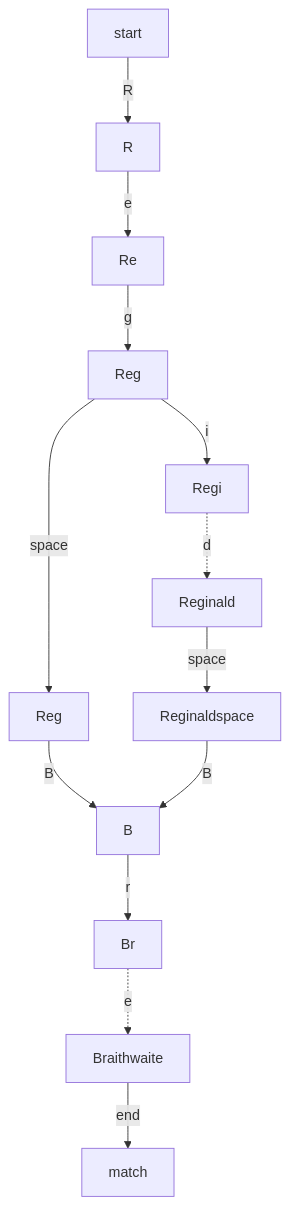
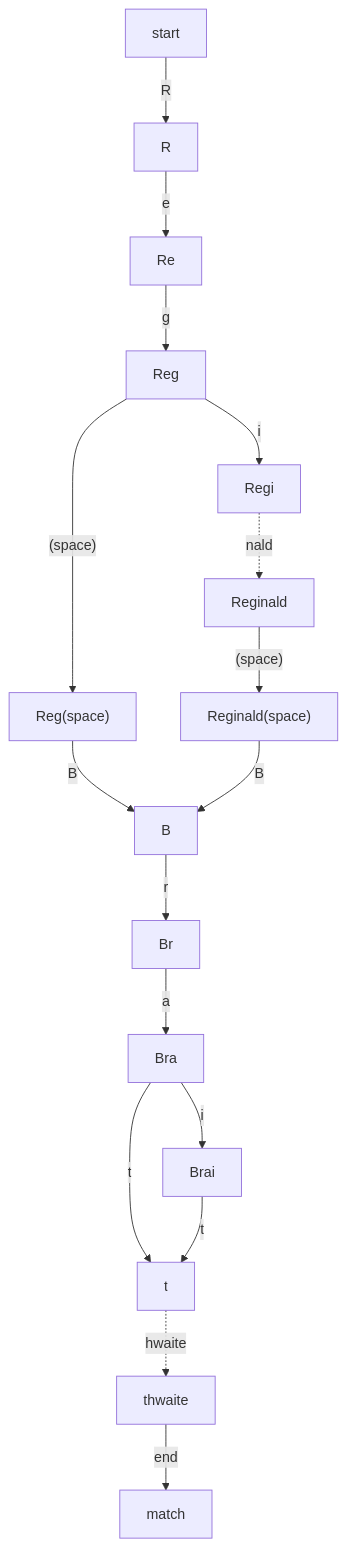
The diagram in _posts/2019-02-09-recursive-regular-expressions-nondeterminism.md (raganwald/raganwald.github.com), drawn with Mermaid before and after one commit. The commit also changed other lines of this file, not shown here.

```diff
--- a/_posts/2019-02-09-recursive-regular-expressions-nondeterminism.md
+++ b/_posts/2019-02-09-recursive-regular-expressions-nondeterminism.md
@@ -50,16 +31,20 @@
 <div class="mermaid">
   graph TD
     start-->|R|R
     R-->|e|Re
     Re-->|g|Reg
     Reg-->|i|Regi
-    Reg-->|"space"|RegSpace["Reg<space>"]
+    Reg-->|"(space)"|RegSpace["Reg(space)"]
     RegSpace-->|B|B
-    Regi-.->|d|Reginald
-    Reginald-->|"space"|ReginaldSpace["Reginaldspace"]
+    Regi-.->|nald|Reginald
+    Reginald-->|"(space)"|ReginaldSpace["Reginald(space)"]
     ReginaldSpace-->|B|B
 
     B-->|r|Br
-    Br-.->|e|Braithwaite
-    Braithwaite-->|"end"|match;
+    Br-->|a|Bra
+    Bra-->|i|Brai
+    Bra-->|t|t
+    Brai-->|t|t
+    t-.->|hwaite|thwaite
+    thwaite-->|"end"|match;
 </div>
```
